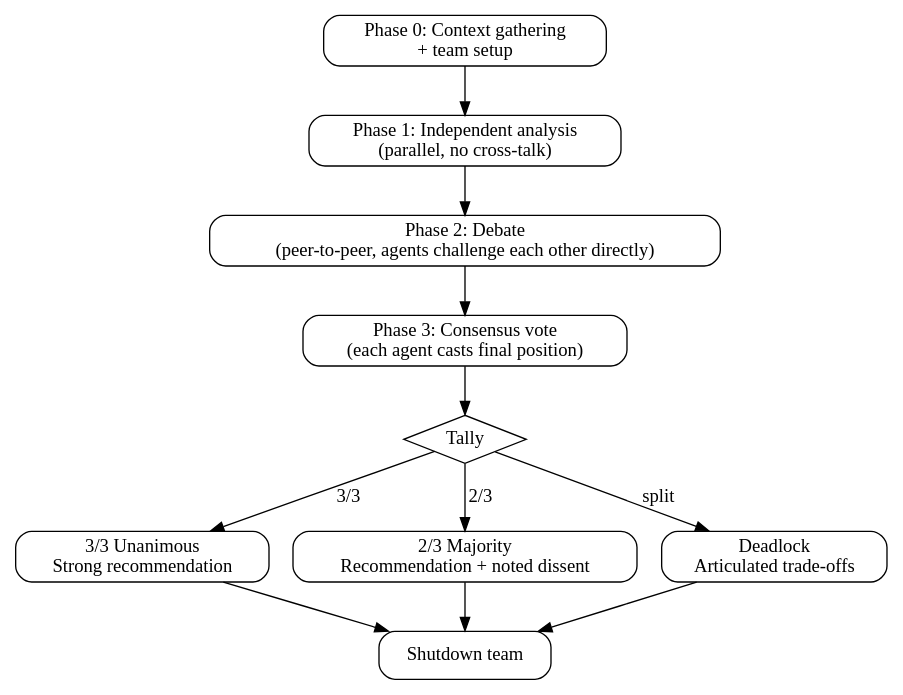
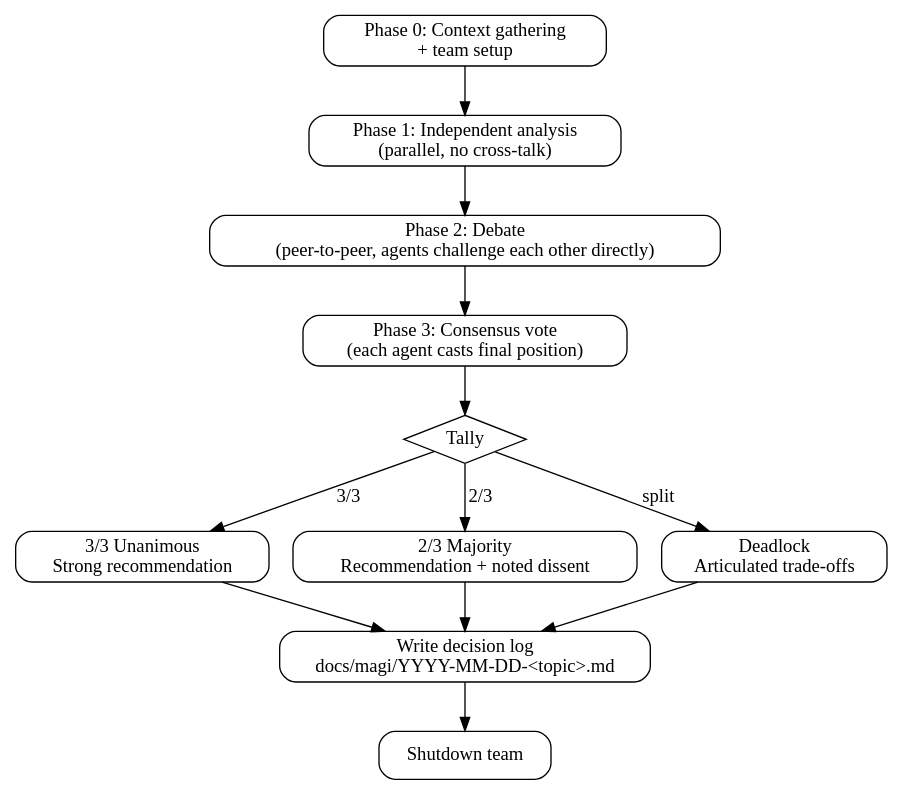
The diagram in skills/magi/SKILL.md (vinta/hal-9000), drawn with Graphviz before and after one commit. The commit also changed other lines of this file, not shown here.

First line of the commit message:
feat(magi): add decision log workflow and improve deliberation process

````diff
--- a/skills/magi/SKILL.md
+++ b/skills/magi/SKILL.md
@@ -44,24 +47,26 @@
 ```dot
 digraph magi_flow {
     rankdir=TB;
     node [shape=box, style=rounded];
 
     gather [label="Phase 0: Context gathering\n+ team setup"];
     analysis [label="Phase 1: Independent analysis\n(parallel, no cross-talk)"];
     debate [label="Phase 2: Debate\n(peer-to-peer, agents challenge each other directly)"];
     vote [label="Phase 3: Consensus vote\n(each agent casts final position)"];
     tally [label="Tally" shape=diamond style=""];
     unanimous [label="3/3 Unanimous\nStrong recommendation"];
     majority [label="2/3 Majority\nRecommendation + noted dissent"];
     deadlock [label="Deadlock\nArticulated trade-offs"];
+    log [label="Write decision log\ndocs/magi/YYYY-MM-DD-<topic>.md"];
     done [label="Shutdown team"];
 
     gather -> analysis -> debate -> vote -> tally;
     tally -> unanimous [label="3/3"];
     tally -> majority [label="2/3"];
     tally -> deadlock [label="split"];
-    unanimous -> done;
-    majority -> done;
-    deadlock -> done;
+    unanimous -> log;
+    majority -> log;
+    deadlock -> log;
+    log -> done;
 }
 ```
````
